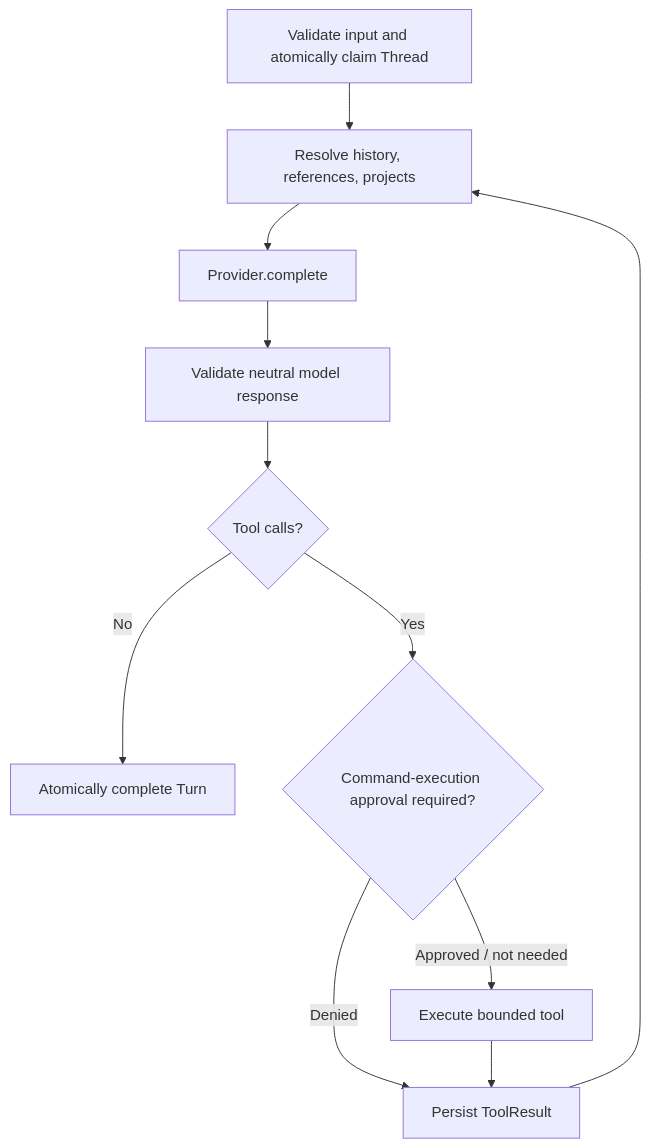
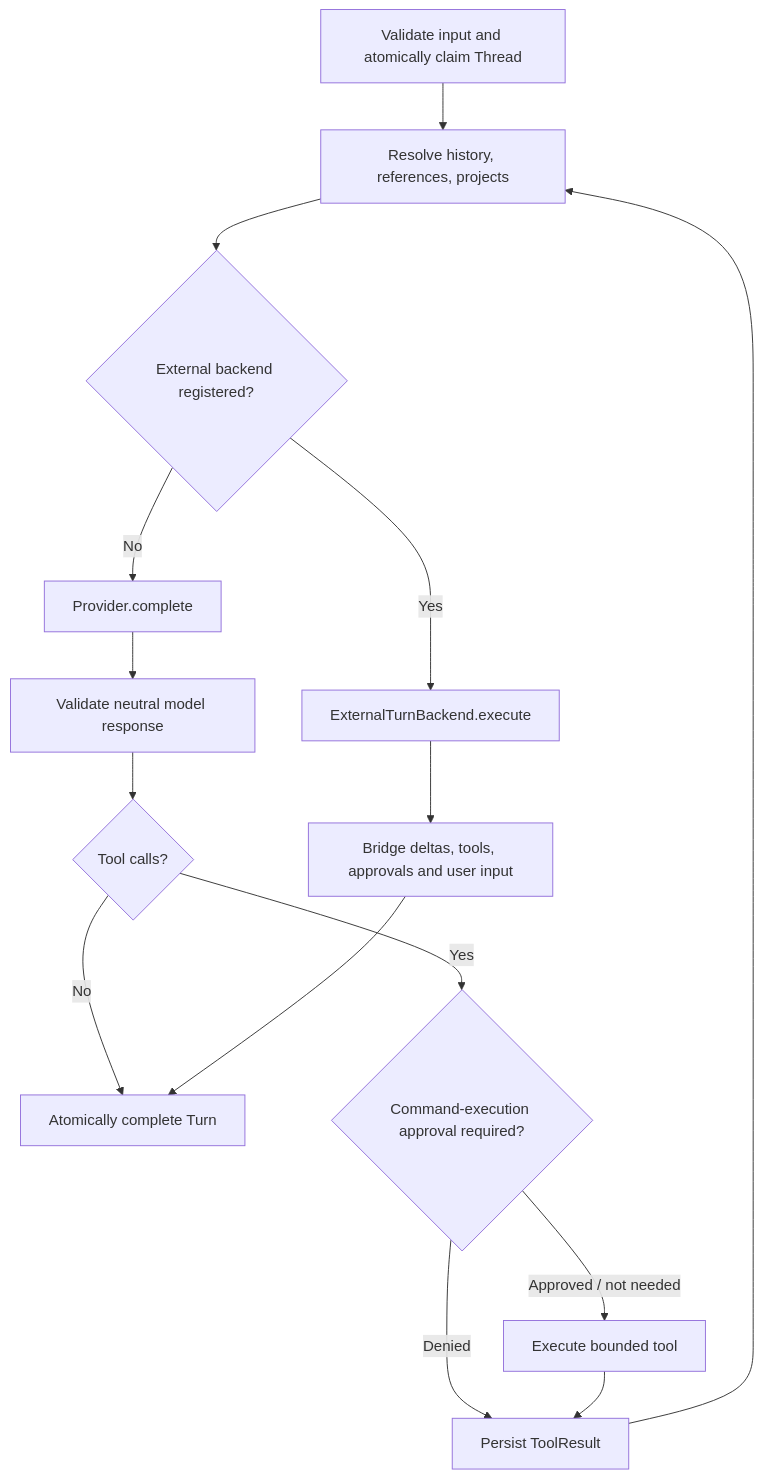
Before and after one commit to jianliang00/kody: the third of 3 diagrams in docs/architecture.md, drawn with Mermaid. The commit also changed other lines of this file and 62 other files, not shown here.

Commit message:
feat: add configurable model providers and Codex backend

````diff
--- a/docs/architecture.md
+++ b/docs/architecture.md
@@ -54,13 +64,17 @@
 ```mermaid
 flowchart TD
     Prepare["Validate input and atomically claim Thread"] --> Context["Resolve history, references, projects"]
-    Context --> Model["Provider.complete"]
+    Context --> Backend{"External backend registered?"}
+    Backend -->|"No"| Model["Provider.complete"]
+    Backend -->|"Yes"| External["ExternalTurnBackend.execute"]
     Model --> Validate["Validate neutral model response"]
     Validate --> Calls{"Tool calls?"}
     Calls -->|No| Complete["Atomically complete Turn"]
     Calls -->|Yes| Approval{"Command-execution approval required?"}
     Approval -->|Denied| Observation["Persist denied ToolResult"]
     Approval -->|Approved / not needed| Execute["Execute bounded tool"]
     Execute --> Observation["Persist ToolResult"]
     Observation --> Context
+    External --> Bridge["Bridge deltas, tools, approvals and user input"]
+    Bridge --> Complete
 ```
````
